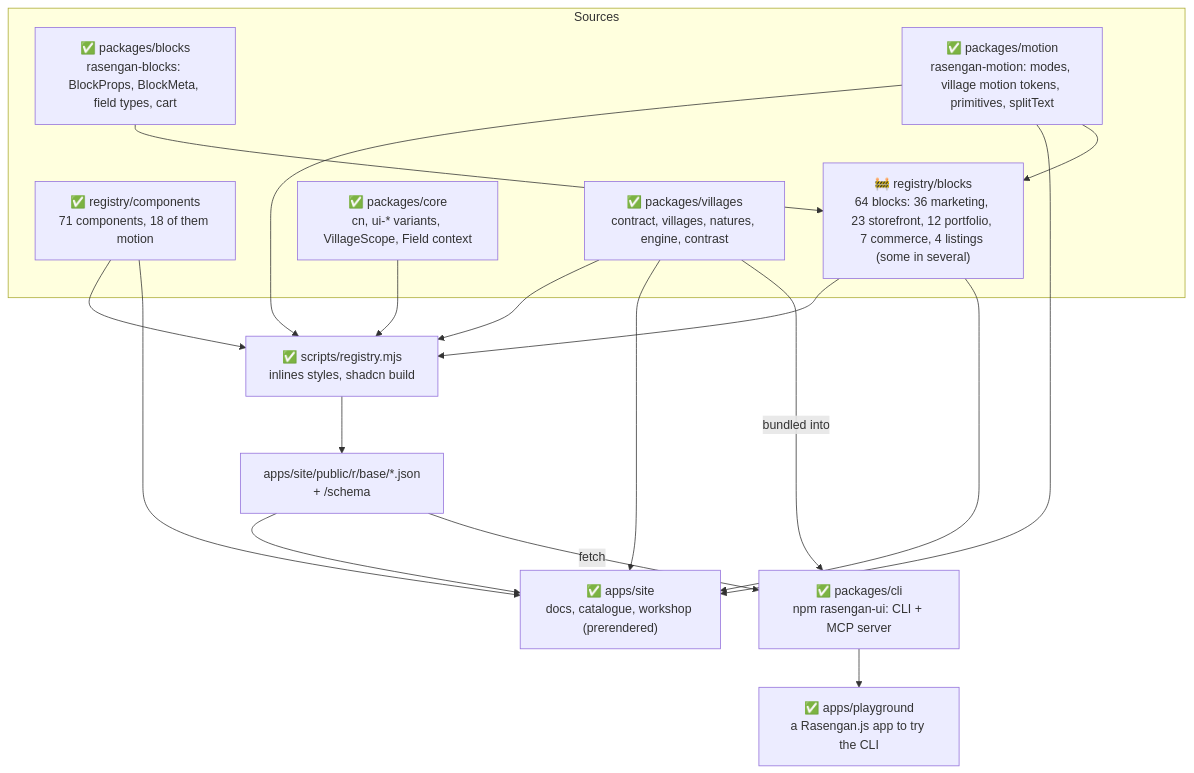
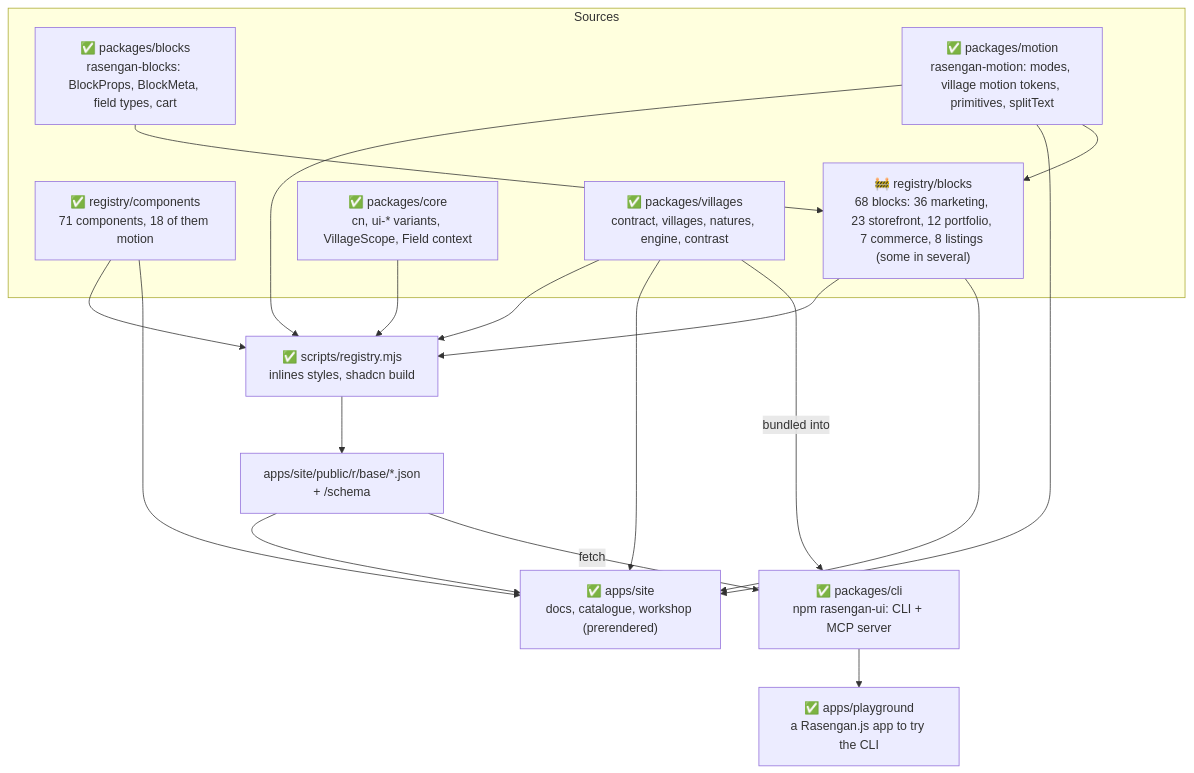
The second of 5 diagrams in docs/architecture.md (rasengan-dev/rasengan-ui), drawn with Mermaid before and after one commit. The commit also changed other lines of this file and 43 other files, not shown here.

````diff
--- a/docs/architecture.md
+++ b/docs/architecture.md
@@ -41,34 +41,34 @@
 ```mermaid
 flowchart TB
   subgraph source[Sources]
     comps["✅ registry/components<br/>71 components, 18 of them motion"]
-    blocks["🚧 registry/blocks<br/>64 blocks: 36 marketing, 23 storefront, 12 portfolio, 7 commerce, 4 listings (some in several)"]
+    blocks["🚧 registry/blocks<br/>68 blocks: 36 marketing, 23 storefront, 12 portfolio, 7 commerce, 8 listings (some in several)"]
     blockslib["✅ packages/blocks<br/>rasengan-blocks: BlockProps, BlockMeta, field types, cart"]
     core["✅ packages/core<br/>cn, ui-* variants, VillageScope, Field context"]
     villages["✅ packages/villages<br/>contract, villages, natures, engine, contrast"]
     motion["✅ packages/motion<br/>rasengan-motion: modes, village motion tokens, primitives, splitText"]
   end
 
   build["✅ scripts/registry.mjs<br/>inlines styles, shadcn build"]
   public["apps/site/public/r/base/*.json<br/>+ /schema"]
   site["✅ apps/site<br/>docs, catalogue, workshop (prerendered)"]
   cli["✅ packages/cli<br/>npm rasengan-ui: CLI + MCP server"]
   play["✅ apps/playground<br/>a Rasengan.js app to try the CLI"]
 
   comps --> build
   core --> build
   villages --> build
   build --> public
   public --> site
   villages --> site
   comps --> site
   public -- fetch --> cli
   villages -- bundled into --> cli
   cli --> play
   motion --> build
   motion --> site
   motion --> blocks
   blockslib --> blocks
   blocks --> build
   blocks --> site
 ```
````
